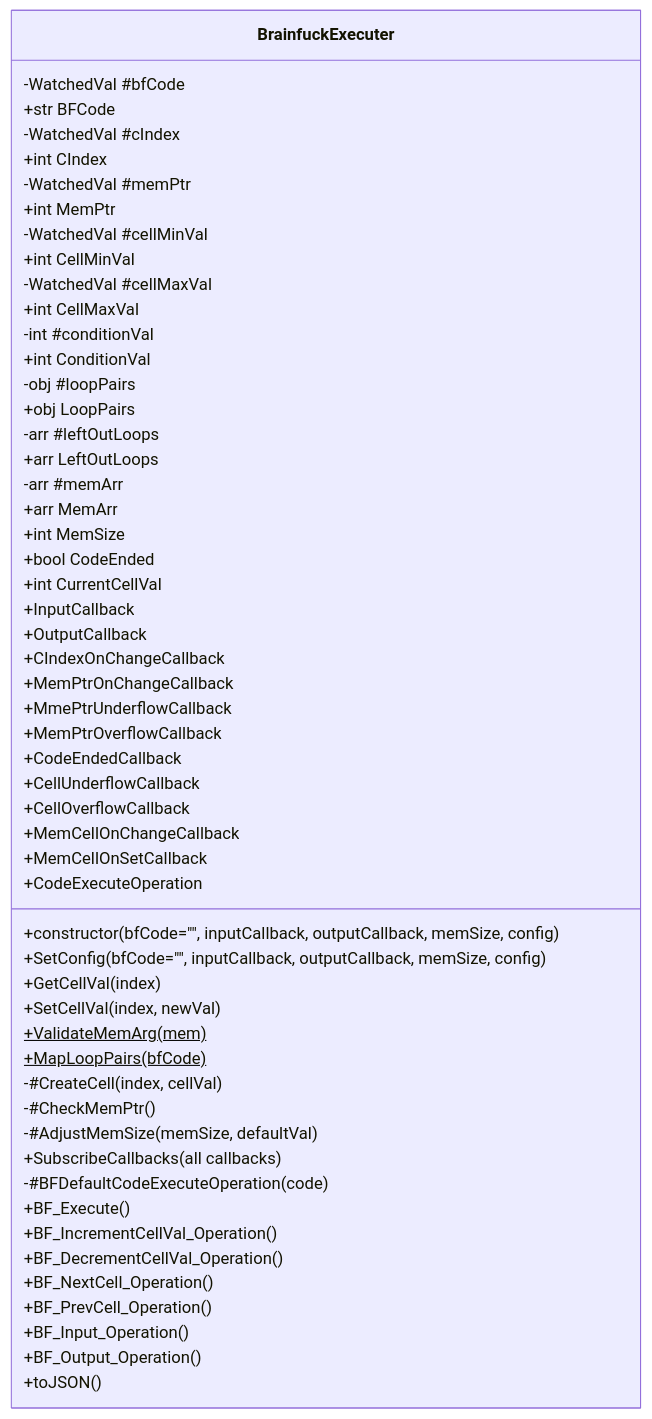
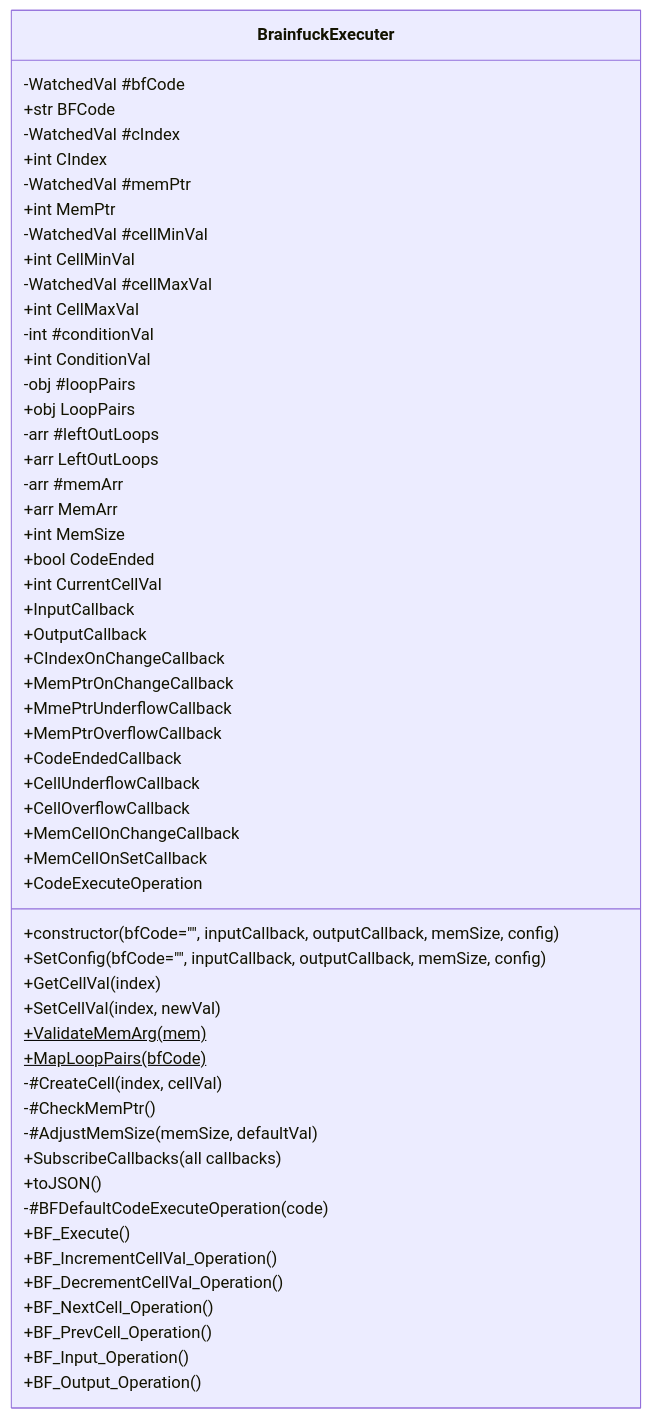
One commit to BCS21090011/BrainFucker changed the first of 41 diagrams in Classes_Info/BrainfuckExecuter.md. Above: the diagram before and after it, drawn with Mermaid. The commit also changed other lines of this file and 1 other file, not shown here.

````diff
--- a/Classes_Info/BrainfuckExecuter.md
+++ b/Classes_Info/BrainfuckExecuter.md
@@ -3,63 +3,63 @@
 ```mermaid
 classDiagram
 
 class BrainfuckExecuter {
     -WatchedVal #bfCode
     +str BFCode
     -WatchedVal #cIndex
     +int CIndex
     -WatchedVal #memPtr
     +int MemPtr
     -WatchedVal #cellMinVal
     +int CellMinVal
     -WatchedVal #cellMaxVal
     +int CellMaxVal
 
     -int #conditionVal
     +int ConditionVal
     -obj #loopPairs
     +obj LoopPairs
     -arr #leftOutLoops
     +arr LeftOutLoops
     -arr #memArr
     +arr MemArr
 
     +int MemSize
     +bool CodeEnded
     +int CurrentCellVal
 
     +InputCallback
     +OutputCallback
     +CIndexOnChangeCallback
     +MemPtrOnChangeCallback
     +MmePtrUnderflowCallback
     +MemPtrOverflowCallback
     +CodeEndedCallback
     +CellUnderflowCallback
     +CellOverflowCallback
     +MemCellOnChangeCallback
     +MemCellOnSetCallback
     +CodeExecuteOperation
 
     +constructor(bfCode="", inputCallback, outputCallback, memSize, config)
     +SetConfig(bfCode="", inputCallback, outputCallback, memSize, config)
     +GetCellVal(index)
     +SetCellVal(index, newVal)
     +ValidateMemArg(mem)$
     +MapLoopPairs(bfCode)$
     -#CreateCell(index, cellVal)
     -#CheckMemPtr()
     -#AdjustMemSize(memSize, defaultVal)
     +SubscribeCallbacks(all callbacks)
+    +toJSON()
 
     -#BFDefaultCodeExecuteOperation(code)
     +BF_Execute()
     +BF_IncrementCellVal_Operation()
     +BF_DecrementCellVal_Operation()
     +BF_NextCell_Operation()
     +BF_PrevCell_Operation()
     +BF_Input_Operation()
     +BF_Output_Operation()
-    +toJSON()
 }
 ```
````
